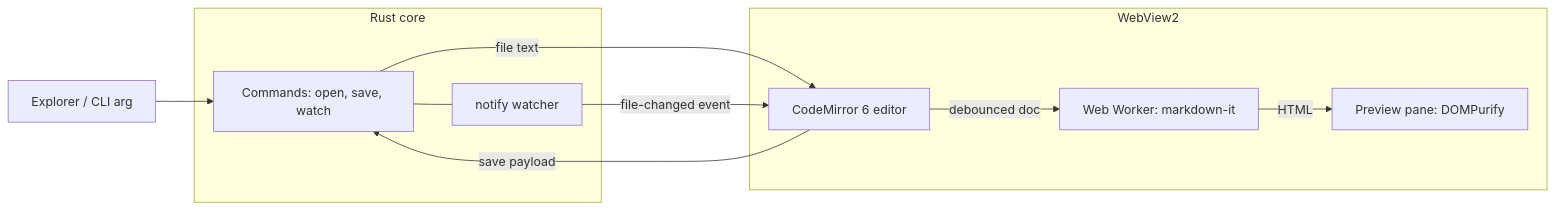
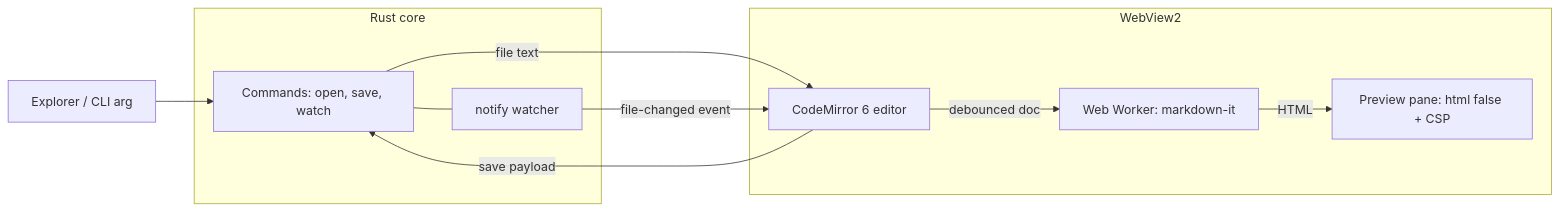
Before and after one commit to vikasdfghjl/marky: the diagram in PRD.md, drawn with Mermaid. The commit also changed other lines of this file and 14 other files, not shown here.

````diff
--- a/PRD.md
+++ b/PRD.md
@@ -155,19 +153,19 @@
 ```mermaid
 flowchart LR
   EX[Explorer / CLI arg] --> RC
   subgraph Rust core
     RC[Commands: open, save, watch]
     W[notify watcher]
     RC --- W
   end
   subgraph WebView2
     CM[CodeMirror 6 editor]
     WK[Web Worker: markdown-it]
-    PV[Preview pane: DOMPurify]
+    PV[Preview pane: html false + CSP]
   end
   RC -- file text --> CM
   CM -- save payload --> RC
   W -- file-changed event --> CM
   CM -- debounced doc --> WK
   WK -- HTML --> PV
 ```
````
